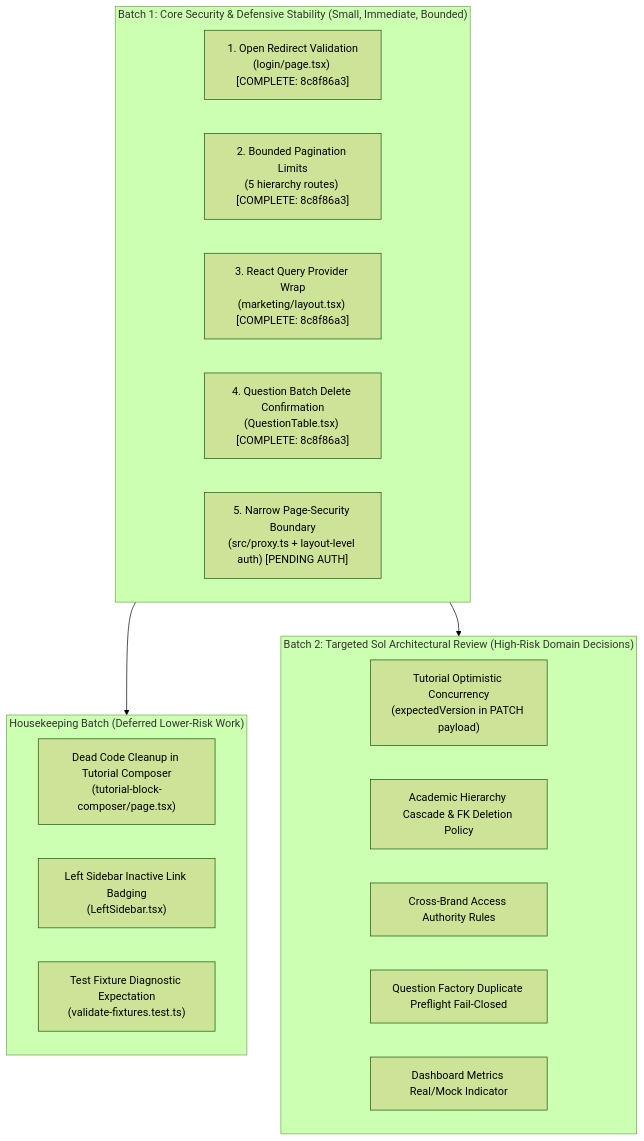
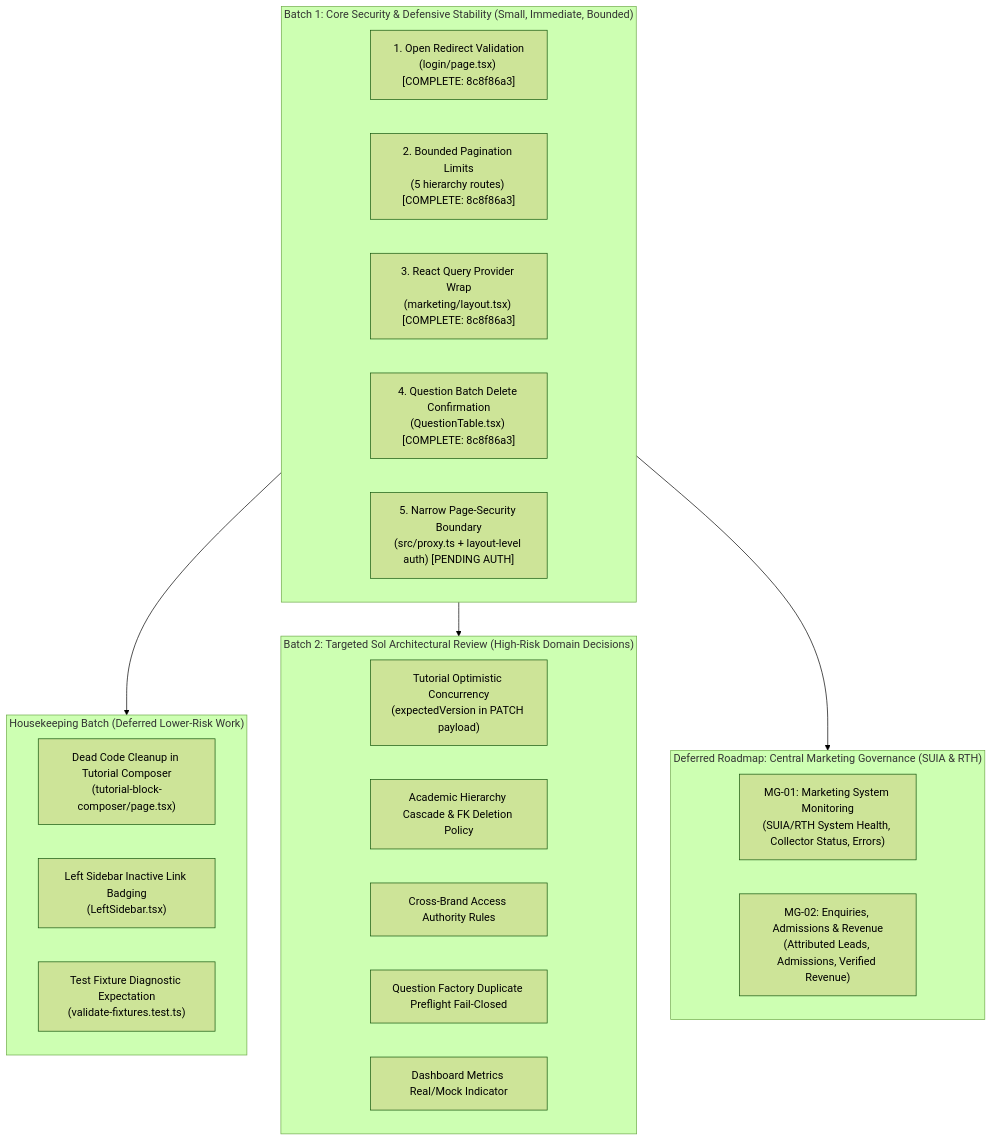
One commit to skillupitacademy-alt/SUIA_RTH_SHC changed the diagram in docs/architecture/reviews/SHC/SHC_ADMIN_TECHNICAL_VERIFICATION_REPORT.md. Above: the diagram before and after it, drawn with Mermaid (forest theme). The commit also changed other lines of this file and 2 other files, not shown here.

Commit message:
docs(architecture): add central marketing governance roadmap and reconcile review manifest

````diff
--- a/docs/architecture/reviews/SHC/SHC_ADMIN_TECHNICAL_VERIFICATION_REPORT.md
+++ b/docs/architecture/reviews/SHC/SHC_ADMIN_TECHNICAL_VERIFICATION_REPORT.md
@@ -299,27 +314,33 @@
 ```mermaid
 flowchart TD
     subgraph Batch1 ["Batch 1: Core Security & Defensive Stability (Small, Immediate, Bounded)"]
         B1_1["1. Open Redirect Validation<br/>(login/page.tsx) [COMPLETE: 8c8f86a3]"]
         B1_2["2. Bounded Pagination Limits<br/>(5 hierarchy routes) [COMPLETE: 8c8f86a3]"]
         B1_3["3. React Query Provider Wrap<br/>(marketing/layout.tsx) [COMPLETE: 8c8f86a3]"]
         B1_4["4. Question Batch Delete Confirmation<br/>(QuestionTable.tsx) [COMPLETE: 8c8f86a3]"]
         B1_5["5. Narrow Page-Security Boundary<br/>(src/proxy.ts + layout-level auth) [PENDING AUTH]"]
     end
 
     subgraph Housekeeping ["Housekeeping Batch (Deferred Lower-Risk Work)"]
         H1["Dead Code Cleanup in Tutorial Composer<br/>(tutorial-block-composer/page.tsx)"]
         H2["Left Sidebar Inactive Link Badging<br/>(LeftSidebar.tsx)"]
         H3["Test Fixture Diagnostic Expectation<br/>(validate-fixtures.test.ts)"]
     end
 
     subgraph Batch2 ["Batch 2: Targeted Sol Architectural Review (High-Risk Domain Decisions)"]
         S1["Tutorial Optimistic Concurrency<br/>(expectedVersion in PATCH payload)"]
         S2["Academic Hierarchy Cascade & FK Deletion Policy"]
         S3["Cross-Brand Access Authority Rules"]
         S4["Question Factory Duplicate Preflight Fail-Closed"]
         S5["Dashboard Metrics Real/Mock Indicator"]
     end
 
+    subgraph MarketingRoadmap ["Deferred Roadmap: Central Marketing Governance (SUIA & RTH)"]
+        MG1["MG-01: Marketing System Monitoring<br/>(SUIA/RTH System Health, Collector Status, Errors)"]
+        MG2["MG-02: Enquiries, Admissions & Revenue<br/>(Attributed Leads, Admissions, Verified Revenue)"]
+    end
+
     Batch1 --> Housekeeping
     Batch1 --> Batch2
+    Batch1 --> MarketingRoadmap
 ```
````
